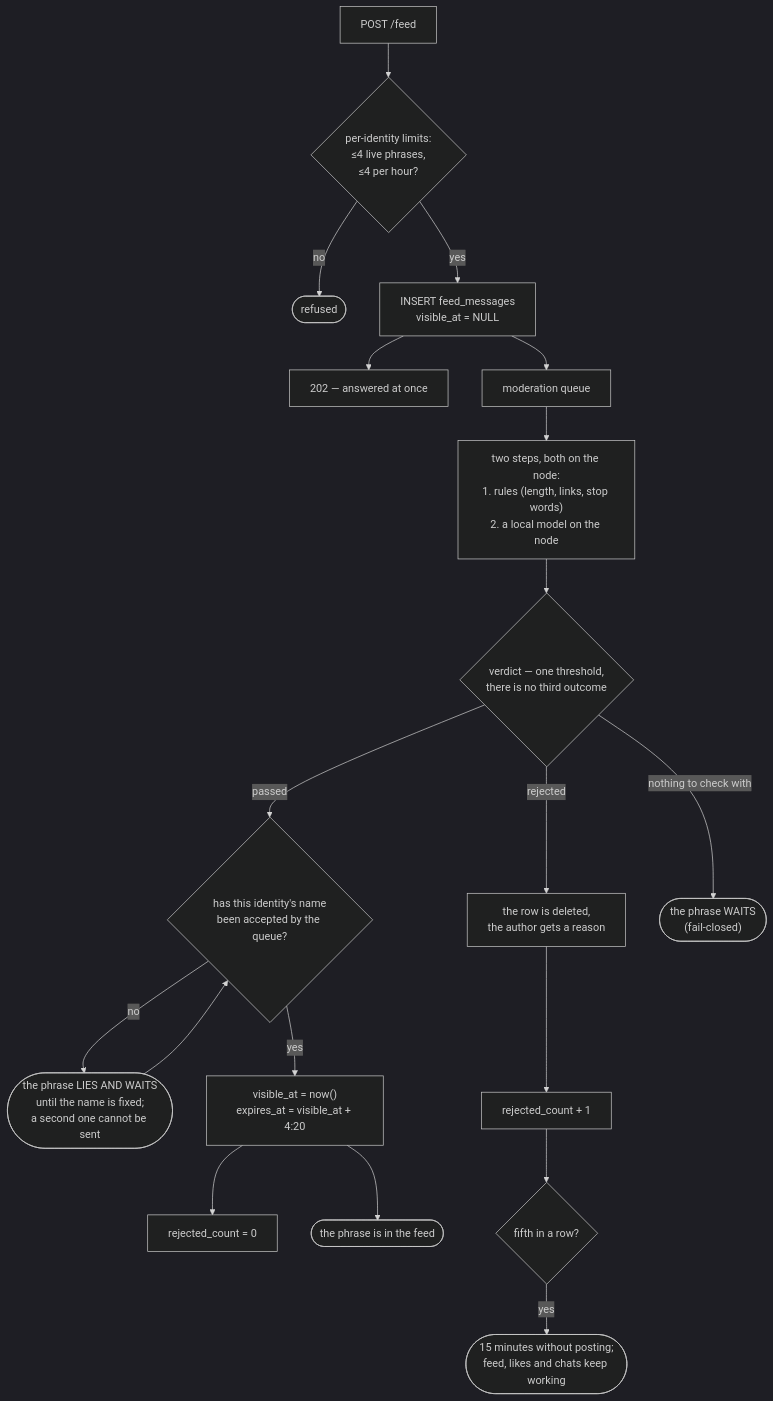
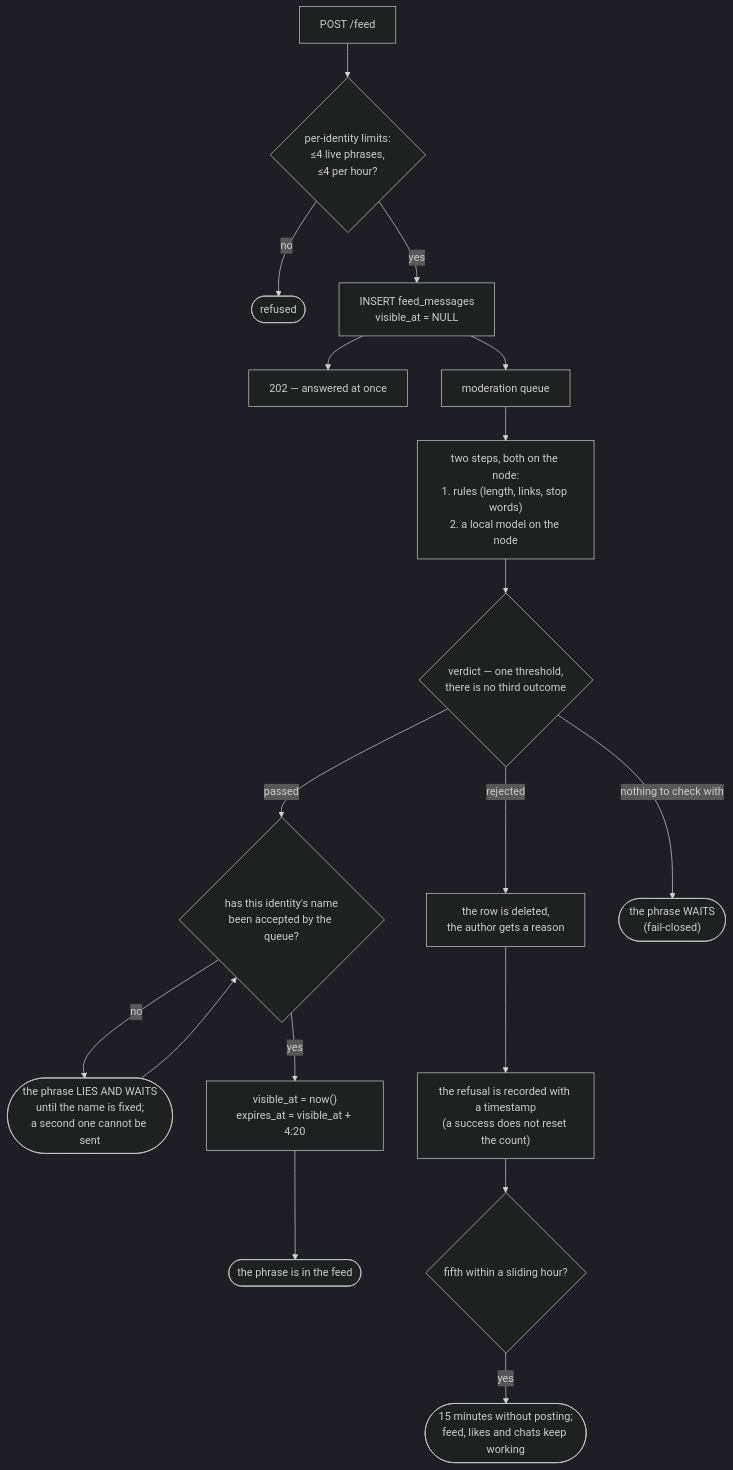
The seventh of 30 diagrams in docs/chat-flows_EN.md (panov-id/xor.ad), drawn with Mermaid (dark theme) before and after one commit. The commit also changed other lines of this file and 10 other files, not shown here.

First line of the commit message:
Count refusals from every queued text, let the node hold table timers, and keep the game going past a block

````diff
--- a/docs/chat-flows_EN.md
+++ b/docs/chat-flows_EN.md
@@ -222,21 +222,20 @@
 ```mermaid
 flowchart TD
   post["POST /feed"] --> limits{"per-identity limits:<br/>≤4 live phrases,<br/>≤4 per hour?"}
   limits -- "no" --> refuse(["refused"])
   limits -- "yes" --> insert["INSERT feed_messages<br/>visible_at = NULL"]
   insert --> ans["202 — answered at once"]
   insert --> queue["moderation queue"]
   queue --> ladder["two steps, both on the node:<br/>1. rules #40;length, links, stop words#41;<br/>2. a local model on the node"]
   ladder --> verdict{"verdict — one threshold,<br/>there is no third outcome"}
   verdict -- "passed" --> name{"has this identity's name<br/>been accepted by the queue?"}
   name -- "no" --> hold(["the phrase LIES AND WAITS<br/>until the name is fixed;<br/>a second one cannot be sent"])
   hold --> name
   name -- "yes" --> live["visible_at = now#40;#41;<br/>expires_at = visible_at + 4:20"]
-  live --> zero["rejected_count = 0"]
   live --> shown(["the phrase is in the feed"])
   verdict -- "rejected" --> del["the row is deleted,<br/>the author gets a reason"]
-  del --> count["rejected_count + 1"]
-  count --> block{"fifth in a row?"}
+  del --> count["the refusal is recorded with a timestamp<br/>#40;a success does not reset the count#41;"]
+  count --> block{"fifth within a sliding hour?"}
   block -- "yes" --> mute(["15 minutes without posting;<br/>feed, likes and chats keep working"])
   verdict -- "nothing to check with" --> wait(["the phrase WAITS<br/>#40;fail-closed#41;"])
 ```
````
